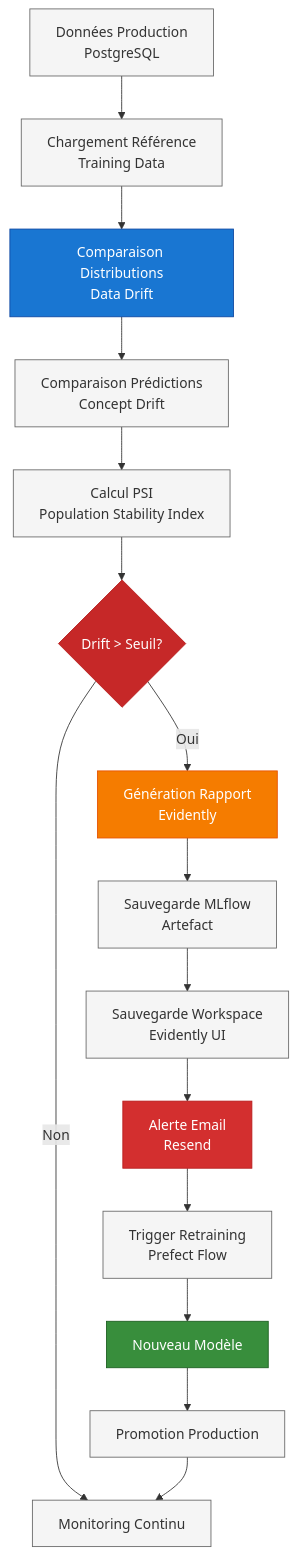
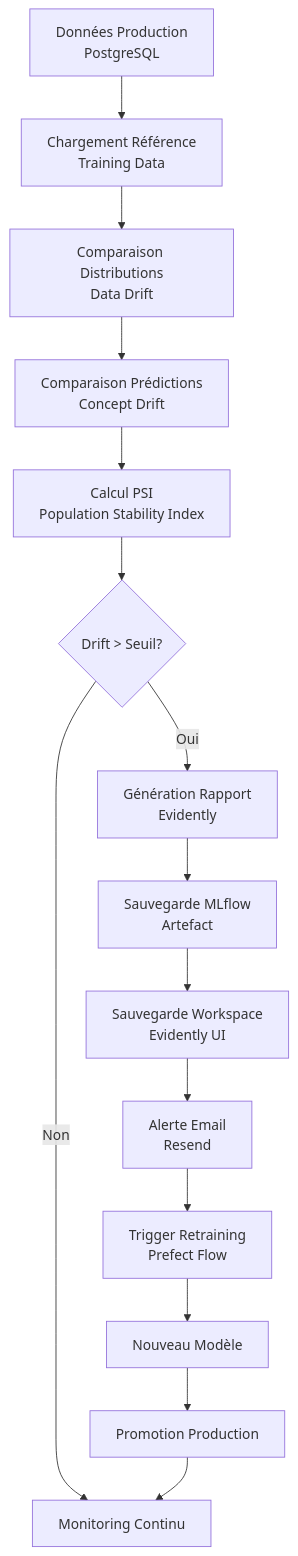
Diagram 13 of 21 in docs/ARCHITECTURE_MLOPS.md (jinsudai/jinsudai), drawn with Mermaid before and after one commit. The commit also changed other lines of this file, not shown here.

````diff
--- a/docs/ARCHITECTURE_MLOPS.md
+++ b/docs/ARCHITECTURE_MLOPS.md
@@ -519,30 +420,19 @@
 ```mermaid
 flowchart TD
-    classDef comparison fill:#1976D2,stroke:#0D47A1,color:#fff
-    classDef decision fill:#C62828,stroke:#B71C1C,color:#fff
-    classDef report fill:#F57C00,stroke:#E65100,color:#fff
-    classDef alert fill:#D32F2F,stroke:#B71C1C,color:#fff
-    classDef retraining fill:#388E3C,stroke:#1B5E20,color:#fff
-    classDef default fill:#f5f5f5,stroke:#666,color:#333
 
     A[Données Production<br/>PostgreSQL] --> B[Chargement Référence<br/>Training Data]
     B --> C[Comparaison Distributions<br/>Data Drift]
     C --> D[Comparaison Prédictions<br/>Concept Drift]
     D --> E[Calcul PSI<br/>Population Stability Index]
     E --> F{Drift > Seuil?}
     F -->|Oui| G[Génération Rapport<br/>Evidently]
     F -->|Non| H[Monitoring Continu]
     G --> I[Sauvegarde MLflow<br/>Artefact]
     I --> J[Sauvegarde Workspace<br/>Evidently UI]
     J --> K[Alerte Email<br/>Resend]
     K --> L[Trigger Retraining<br/>Prefect Flow]
     L --> M[Nouveau Modèle]
     M --> N[Promotion Production]
     N --> H
 
-    class C comparison
-    class F decision
-    class G report
-    class K alert
-    class M retraining
 ```
````
